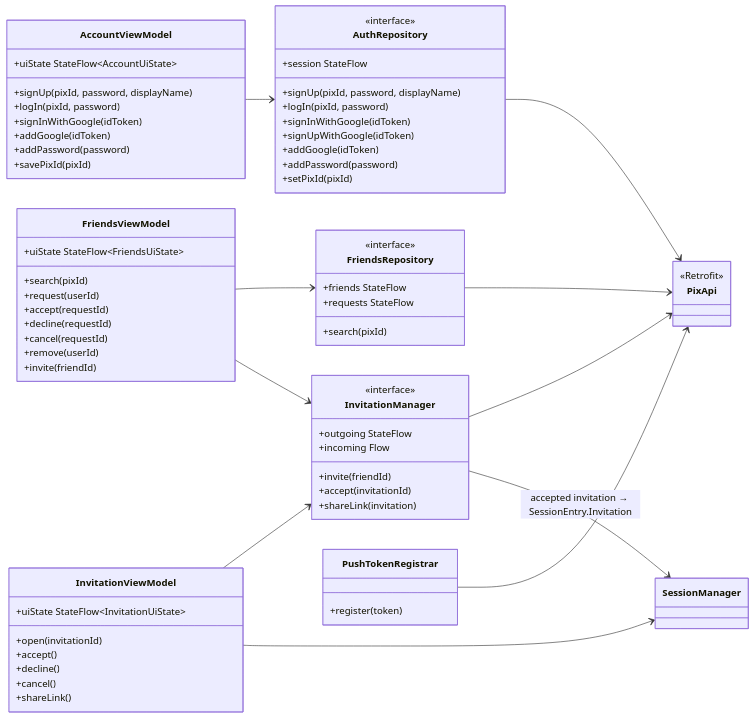
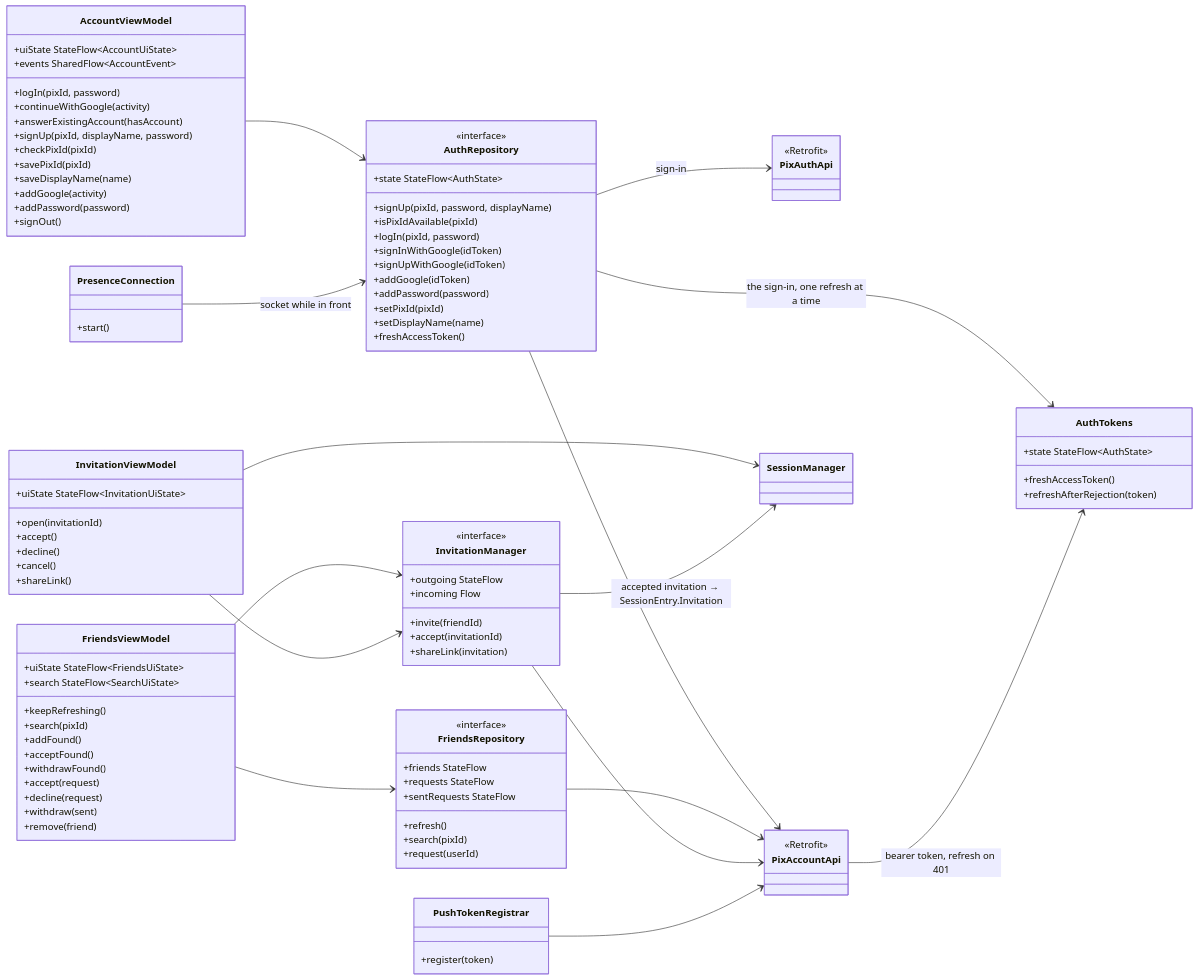
One commit to snuhcs-course/swpp-2026-project-team-10 changed the ninth of 12 diagrams in wiki/Design-Documentation.md. Above: the diagram before and after it, drawn with Mermaid. The commit also changed other lines of this file and 75 other files, not shown here.

Commit message:
feat: add sign-in, Pix ID, and Friends screens (#92)

````diff
--- a/wiki/Design-Documentation.md
+++ b/wiki/Design-Documentation.md
@@ -647,22 +654,30 @@
   direction LR
   class AccountViewModel {
     +uiState StateFlow~AccountUiState~
-    +signUp(pixId, password, displayName)
+    +events SharedFlow~AccountEvent~
     +logIn(pixId, password)
-    +signInWithGoogle(idToken)
-    +addGoogle(idToken)
+    +continueWithGoogle(activity)
+    +answerExistingAccount(hasAccount)
+    +signUp(pixId, displayName, password)
+    +checkPixId(pixId)
+    +savePixId(pixId)
+    +saveDisplayName(name)
+    +addGoogle(activity)
     +addPassword(password)
-    +savePixId(pixId)
+    +signOut()
   }
   class FriendsViewModel {
     +uiState StateFlow~FriendsUiState~
+    +search StateFlow~SearchUiState~
+    +keepRefreshing()
     +search(pixId)
-    +request(userId)
-    +accept(requestId)
-    +decline(requestId)
-    +cancel(requestId)
-    +remove(userId)
-    +invite(friendId)
+    +addFound()
+    +acceptFound()
+    +withdrawFound()
+    +accept(request)
+    +decline(request)
+    +withdraw(sent)
+    +remove(friend)
   }
   class InvitationViewModel {
     +uiState StateFlow~InvitationUiState~
@@ -674,20 +689,34 @@
   }
   class AuthRepository {
     <<interface>>
-    +session StateFlow
+    +state StateFlow~AuthState~
     +signUp(pixId, password, displayName)
+    +isPixIdAvailable(pixId)
     +logIn(pixId, password)
     +signInWithGoogle(idToken)
     +signUpWithGoogle(idToken)
     +addGoogle(idToken)
     +addPassword(password)
     +setPixId(pixId)
+    +setDisplayName(name)
+    +freshAccessToken()
   }
   class FriendsRepository {
     <<interface>>
     +friends StateFlow
     +requests StateFlow
+    +sentRequests StateFlow
+    +refresh()
     +search(pixId)
+    +request(userId)
+  }
+  class AuthTokens {
+    +state StateFlow~AuthState~
+    +freshAccessToken()
+    +refreshAfterRejection(token)
+  }
+  class PresenceConnection {
+    +start()
   }
   class InvitationManager {
     <<interface>>
@@ -700,7 +729,10 @@
   class PushTokenRegistrar {
     +register(token)
   }
-  class PixApi {
+  class PixAuthApi {
+    <<Retrofit>>
+  }
+  class PixAccountApi {
     <<Retrofit>>
   }
   AccountViewModel --> AuthRepository
@@ -708,9 +740,13 @@
   FriendsViewModel --> InvitationManager
   InvitationViewModel --> InvitationManager
   InvitationViewModel --> SessionManager
-  AuthRepository --> PixApi
-  FriendsRepository --> PixApi
-  InvitationManager --> PixApi
+  AuthRepository --> PixAuthApi : sign-in
+  AuthRepository --> AuthTokens : the sign-in, one refresh at a time
+  AuthRepository --> PixAccountApi
+  FriendsRepository --> PixAccountApi
+  PixAccountApi --> AuthTokens : bearer token, refresh on 401
+  PresenceConnection --> AuthRepository : socket while in front
+  InvitationManager --> PixAccountApi
   InvitationManager --> SessionManager : accepted invitation → SessionEntry.Invitation
-  PushTokenRegistrar --> PixApi
+  PushTokenRegistrar --> PixAccountApi
 ```
````
